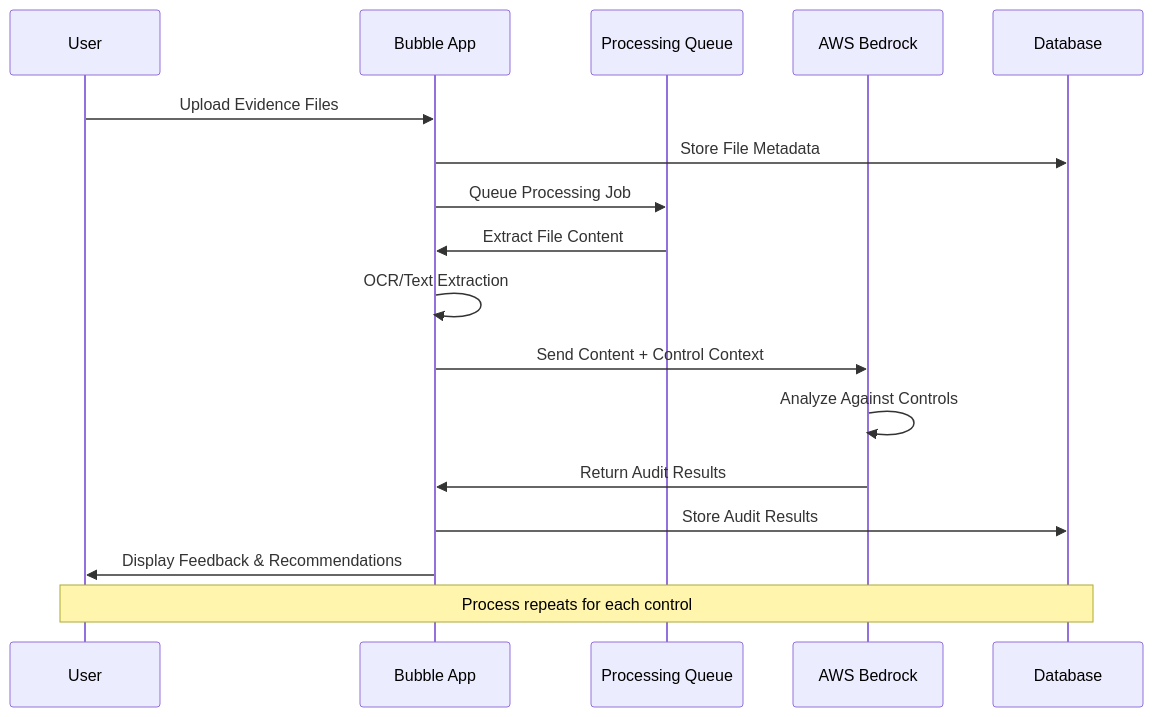
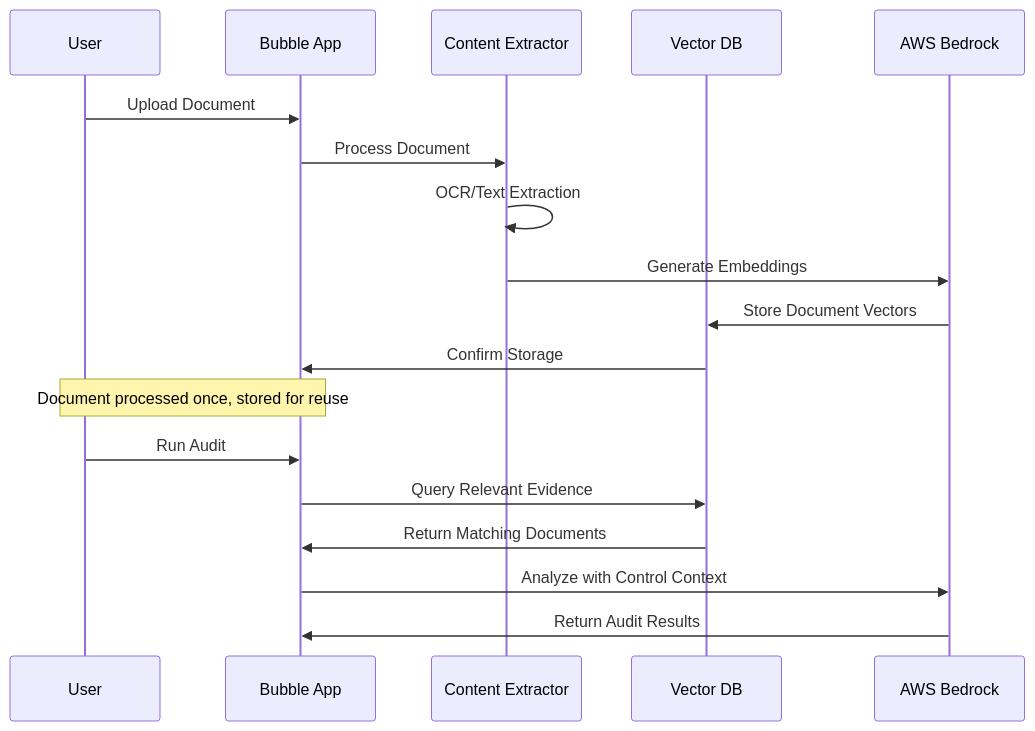
One commit to indukuk/quantarra_ai changed the second of 17 diagrams in AI_Auditor_Design_Document.md. Above: the diagram before and after it, drawn with Mermaid. The commit also changed other lines of this file, not shown here.

Commit message:
Add AI processing architecture analysis: Vector DB vs Direct API approaches with hybrid implementation strategy

````diff
--- a/AI_Auditor_Design_Document.md
+++ b/AI_Auditor_Design_Document.md
@@ -89,24 +89,23 @@
 ```mermaid
 sequenceDiagram
     participant User
     participant Bubble as Bubble App
-    participant Queue as Processing Queue
+    participant Extract as Content Extractor
+    participant Vector as Vector DB
     participant Bedrock as AWS Bedrock
-    participant DB as Database
     
-    User->>Bubble: Upload Evidence Files
-    Bubble->>DB: Store File Metadata
-    Bubble->>Queue: Queue Processing Job
+    User->>Bubble: Upload Document
+    Bubble->>Extract: Process Document
+    Extract->>Extract: OCR/Text Extraction
+    Extract->>Bedrock: Generate Embeddings
+    Bedrock->>Vector: Store Document Vectors
+    Vector->>Bubble: Confirm Storage
     
-    Queue->>Bubble: Extract File Content
-    Bubble->>Bubble: OCR/Text Extraction
-    Bubble->>Bedrock: Send Content + Control Context
+    Note over User,Bubble: Document processed once, stored for reuse
     
-    Bedrock->>Bedrock: Analyze Against Controls
+    User->>Bubble: Run Audit
+    Bubble->>Vector: Query Relevant Evidence
+    Vector->>Bubble: Return Matching Documents
+    Bubble->>Bedrock: Analyze with Control Context
     Bedrock->>Bubble: Return Audit Results
-    
-    Bubble->>DB: Store Audit Results
-    Bubble->>User: Display Feedback & Recommendations
-    
-    Note over User,DB: Process repeats for each control
 ```
````
